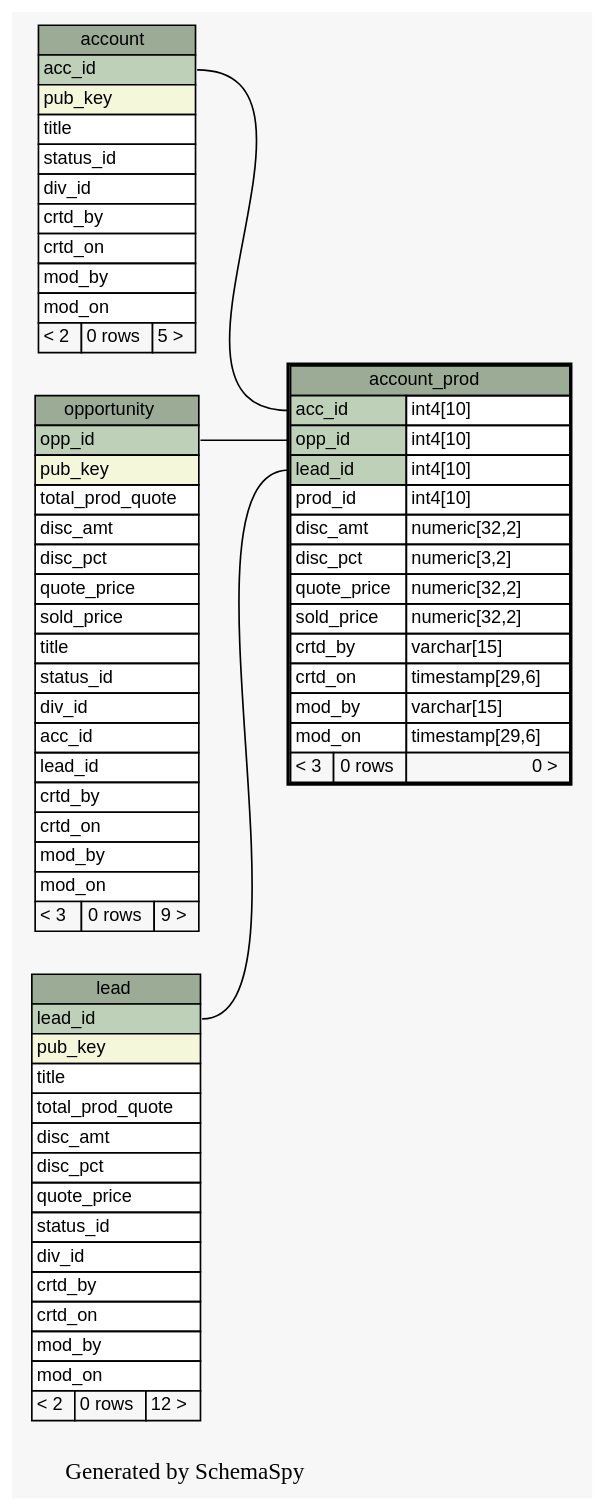
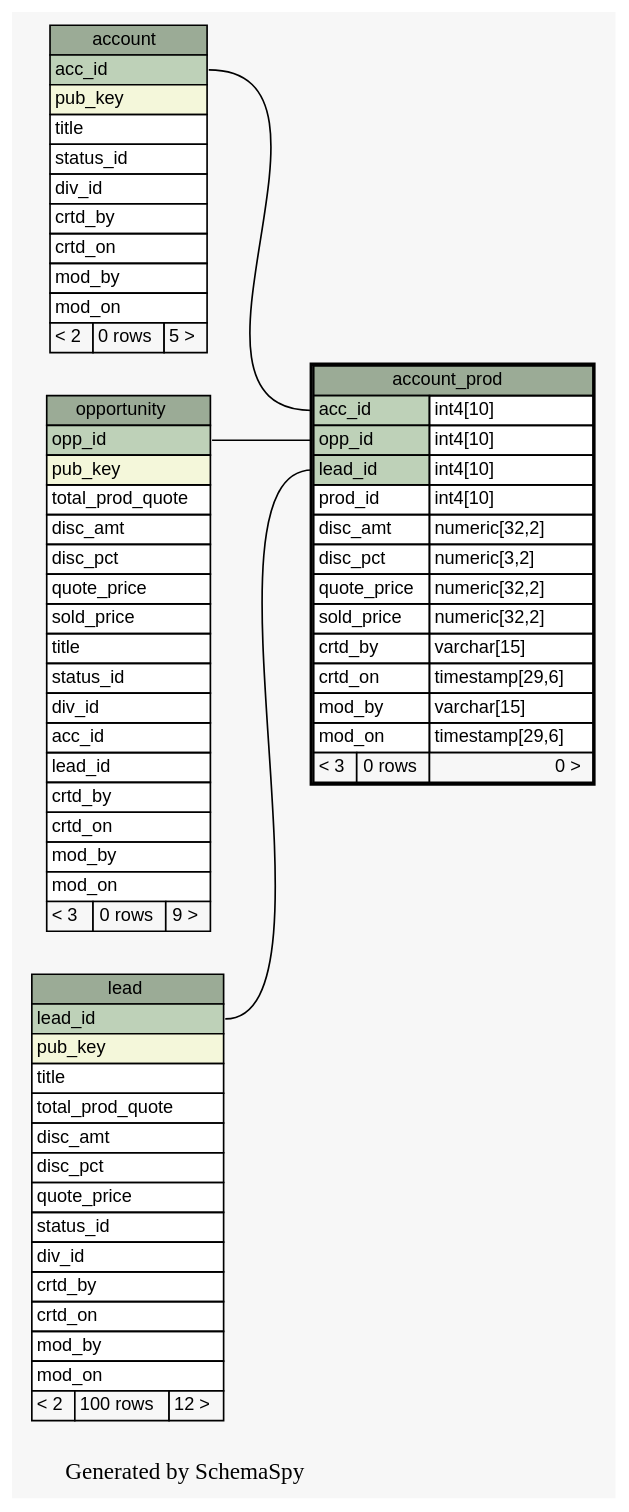
One commit to engineerscraft/salesforce changed the diagram in docs/database/schemaspy/graphs/account_prod.1degree.dot. Above: the diagram before and after it, drawn with Graphviz. The commit also changed 180 other files, not shown here.

```diff
--- a/docs/database/schemaspy/graphs/account_prod.1degree.dot
+++ b/docs/database/schemaspy/graphs/account_prod.1degree.dot
@@ -1,106 +1,106 @@
 // dot 2.38.0 on Windows 7 6.1
 digraph "oneDegreeRelationshipsGraph" {
   graph [
     rankdir="RL"
     bgcolor="#f7f7f7"
     label="\nGenerated by SchemaSpy"
     labeljust="l"
   ];
   node [
     fontname="Helvetica"
     fontsize="11"
     shape="plaintext"
   ];
   edge [
     arrowsize="0.8"
   ];
   "account_prod":"acc_id":w -> "account":"acc_id":e [arrowtail=crowtee arrowhead=none];
   "account_prod":"lead_id":w -> "lead":"lead_id":e [arrowtail=crowtee arrowhead=none];
   "account_prod":"opp_id":w -> "opportunity":"opp_id":e [arrowtail=crowtee arrowhead=none];
   "account" [
     label=<
     <TABLE BORDER="0" CELLBORDER="1" CELLSPACING="0" BGCOLOR="#ffffff">
       <TR><TD PORT="account.heading" COLSPAN="3" BGCOLOR="#9bab96" ALIGN="CENTER">account</TD></TR>
       <TR><TD PORT="acc_id" COLSPAN="3" BGCOLOR="#bed1b8" ALIGN="LEFT">acc_id</TD></TR>
       <TR><TD PORT="pub_key" COLSPAN="3" BGCOLOR="#f4f7da" ALIGN="LEFT">pub_key</TD></TR>
       <TR><TD PORT="title" COLSPAN="3" ALIGN="LEFT">title</TD></TR>
       <TR><TD PORT="status_id" COLSPAN="3" ALIGN="LEFT">status_id</TD></TR>
       <TR><TD PORT="div_id" COLSPAN="3" ALIGN="LEFT">div_id</TD></TR>
       <TR><TD PORT="crtd_by" COLSPAN="3" ALIGN="LEFT">crtd_by</TD></TR>
       <TR><TD PORT="crtd_on" COLSPAN="3" ALIGN="LEFT">crtd_on</TD></TR>
       <TR><TD PORT="mod_by" COLSPAN="3" ALIGN="LEFT">mod_by</TD></TR>
       <TR><TD PORT="mod_on" COLSPAN="3" ALIGN="LEFT">mod_on</TD></TR>
       <TR><TD ALIGN="LEFT" BGCOLOR="#f7f7f7">&lt; 2</TD><TD ALIGN="RIGHT" BGCOLOR="#f7f7f7">0 rows</TD><TD ALIGN="RIGHT" BGCOLOR="#f7f7f7">5 &gt;</TD></TR>
     </TABLE>>
     URL="account.html#graph"
     tooltip="account"
   ];
   "account_prod" [
     label=<
     <TABLE BORDER="2" CELLBORDER="1" CELLSPACING="0" BGCOLOR="#ffffff">
       <TR><TD PORT="account_prod.heading" COLSPAN="3" BGCOLOR="#9bab96" ALIGN="CENTER">account_prod</TD></TR>
       <TR><TD PORT="acc_id" COLSPAN="2" BGCOLOR="#bed1b8" ALIGN="LEFT">acc_id</TD><TD PORT="acc_id.type" ALIGN="LEFT">int4[10]</TD></TR>
       <TR><TD PORT="opp_id" COLSPAN="2" BGCOLOR="#bed1b8" ALIGN="LEFT">opp_id</TD><TD PORT="opp_id.type" ALIGN="LEFT">int4[10]</TD></TR>
       <TR><TD PORT="lead_id" COLSPAN="2" BGCOLOR="#bed1b8" ALIGN="LEFT">lead_id</TD><TD PORT="lead_id.type" ALIGN="LEFT">int4[10]</TD></TR>
       <TR><TD PORT="prod_id" COLSPAN="2" ALIGN="LEFT">prod_id</TD><TD PORT="prod_id.type" ALIGN="LEFT">int4[10]</TD></TR>
       <TR><TD PORT="disc_amt" COLSPAN="2" ALIGN="LEFT">disc_amt</TD><TD PORT="disc_amt.type" ALIGN="LEFT">numeric[32,2]</TD></TR>
       <TR><TD PORT="disc_pct" COLSPAN="2" ALIGN="LEFT">disc_pct</TD><TD PORT="disc_pct.type" ALIGN="LEFT">numeric[3,2]</TD></TR>
       <TR><TD PORT="quote_price" COLSPAN="2" ALIGN="LEFT">quote_price</TD><TD PORT="quote_price.type" ALIGN="LEFT">numeric[32,2]</TD></TR>
       <TR><TD PORT="sold_price" COLSPAN="2" ALIGN="LEFT">sold_price</TD><TD PORT="sold_price.type" ALIGN="LEFT">numeric[32,2]</TD></TR>
       <TR><TD PORT="crtd_by" COLSPAN="2" ALIGN="LEFT">crtd_by</TD><TD PORT="crtd_by.type" ALIGN="LEFT">varchar[15]</TD></TR>
       <TR><TD PORT="crtd_on" COLSPAN="2" ALIGN="LEFT">crtd_on</TD><TD PORT="crtd_on.type" ALIGN="LEFT">timestamp[29,6]</TD></TR>
       <TR><TD PORT="mod_by" COLSPAN="2" ALIGN="LEFT">mod_by</TD><TD PORT="mod_by.type" ALIGN="LEFT">varchar[15]</TD></TR>
       <TR><TD PORT="mod_on" COLSPAN="2" ALIGN="LEFT">mod_on</TD><TD PORT="mod_on.type" ALIGN="LEFT">timestamp[29,6]</TD></TR>
       <TR><TD ALIGN="LEFT" BGCOLOR="#f7f7f7">&lt; 3</TD><TD ALIGN="RIGHT" BGCOLOR="#f7f7f7">0 rows</TD><TD ALIGN="RIGHT" BGCOLOR="#f7f7f7">0 &gt;</TD></TR>
     </TABLE>>
     URL="account_prod.html#"
     tooltip="account_prod"
   ];
   "lead" [
     label=<
     <TABLE BORDER="0" CELLBORDER="1" CELLSPACING="0" BGCOLOR="#ffffff">
       <TR><TD PORT="lead.heading" COLSPAN="3" BGCOLOR="#9bab96" ALIGN="CENTER">lead</TD></TR>
       <TR><TD PORT="lead_id" COLSPAN="3" BGCOLOR="#bed1b8" ALIGN="LEFT">lead_id</TD></TR>
       <TR><TD PORT="pub_key" COLSPAN="3" BGCOLOR="#f4f7da" ALIGN="LEFT">pub_key</TD></TR>
       <TR><TD PORT="title" COLSPAN="3" ALIGN="LEFT">title</TD></TR>
       <TR><TD PORT="total_prod_quote" COLSPAN="3" ALIGN="LEFT">total_prod_quote</TD></TR>
       <TR><TD PORT="disc_amt" COLSPAN="3" ALIGN="LEFT">disc_amt</TD></TR>
       <TR><TD PORT="disc_pct" COLSPAN="3" ALIGN="LEFT">disc_pct</TD></TR>
       <TR><TD PORT="quote_price" COLSPAN="3" ALIGN="LEFT">quote_price</TD></TR>
       <TR><TD PORT="status_id" COLSPAN="3" ALIGN="LEFT">status_id</TD></TR>
       <TR><TD PORT="div_id" COLSPAN="3" ALIGN="LEFT">div_id</TD></TR>
       <TR><TD PORT="crtd_by" COLSPAN="3" ALIGN="LEFT">crtd_by</TD></TR>
       <TR><TD PORT="crtd_on" COLSPAN="3" ALIGN="LEFT">crtd_on</TD></TR>
       <TR><TD PORT="mod_by" COLSPAN="3" ALIGN="LEFT">mod_by</TD></TR>
       <TR><TD PORT="mod_on" COLSPAN="3" ALIGN="LEFT">mod_on</TD></TR>
-      <TR><TD ALIGN="LEFT" BGCOLOR="#f7f7f7">&lt; 2</TD><TD ALIGN="RIGHT" BGCOLOR="#f7f7f7">0 rows</TD><TD ALIGN="RIGHT" BGCOLOR="#f7f7f7">12 &gt;</TD></TR>
+      <TR><TD ALIGN="LEFT" BGCOLOR="#f7f7f7">&lt; 2</TD><TD ALIGN="RIGHT" BGCOLOR="#f7f7f7">100 rows</TD><TD ALIGN="RIGHT" BGCOLOR="#f7f7f7">12 &gt;</TD></TR>
     </TABLE>>
     URL="lead.html#graph"
     tooltip="lead"
   ];
   "opportunity" [
     label=<
     <TABLE BORDER="0" CELLBORDER="1" CELLSPACING="0" BGCOLOR="#ffffff">
       <TR><TD PORT="opportunity.heading" COLSPAN="3" BGCOLOR="#9bab96" ALIGN="CENTER">opportunity</TD></TR>
       <TR><TD PORT="opp_id" COLSPAN="3" BGCOLOR="#bed1b8" ALIGN="LEFT">opp_id</TD></TR>
       <TR><TD PORT="pub_key" COLSPAN="3" BGCOLOR="#f4f7da" ALIGN="LEFT">pub_key</TD></TR>
       <TR><TD PORT="total_prod_quote" COLSPAN="3" ALIGN="LEFT">total_prod_quote</TD></TR>
       <TR><TD PORT="disc_amt" COLSPAN="3" ALIGN="LEFT">disc_amt</TD></TR>
       <TR><TD PORT="disc_pct" COLSPAN="3" ALIGN="LEFT">disc_pct</TD></TR>
       <TR><TD PORT="quote_price" COLSPAN="3" ALIGN="LEFT">quote_price</TD></TR>
       <TR><TD PORT="sold_price" COLSPAN="3" ALIGN="LEFT">sold_price</TD></TR>
       <TR><TD PORT="title" COLSPAN="3" ALIGN="LEFT">title</TD></TR>
       <TR><TD PORT="status_id" COLSPAN="3" ALIGN="LEFT">status_id</TD></TR>
       <TR><TD PORT="div_id" COLSPAN="3" ALIGN="LEFT">div_id</TD></TR>
       <TR><TD PORT="acc_id" COLSPAN="3" ALIGN="LEFT">acc_id</TD></TR>
       <TR><TD PORT="lead_id" COLSPAN="3" ALIGN="LEFT">lead_id</TD></TR>
       <TR><TD PORT="crtd_by" COLSPAN="3" ALIGN="LEFT">crtd_by</TD></TR>
       <TR><TD PORT="crtd_on" COLSPAN="3" ALIGN="LEFT">crtd_on</TD></TR>
       <TR><TD PORT="mod_by" COLSPAN="3" ALIGN="LEFT">mod_by</TD></TR>
       <TR><TD PORT="mod_on" COLSPAN="3" ALIGN="LEFT">mod_on</TD></TR>
       <TR><TD ALIGN="LEFT" BGCOLOR="#f7f7f7">&lt; 3</TD><TD ALIGN="RIGHT" BGCOLOR="#f7f7f7">0 rows</TD><TD ALIGN="RIGHT" BGCOLOR="#f7f7f7">9 &gt;</TD></TR>
     </TABLE>>
     URL="opportunity.html#graph"
     tooltip="opportunity"
   ];
 }
```
